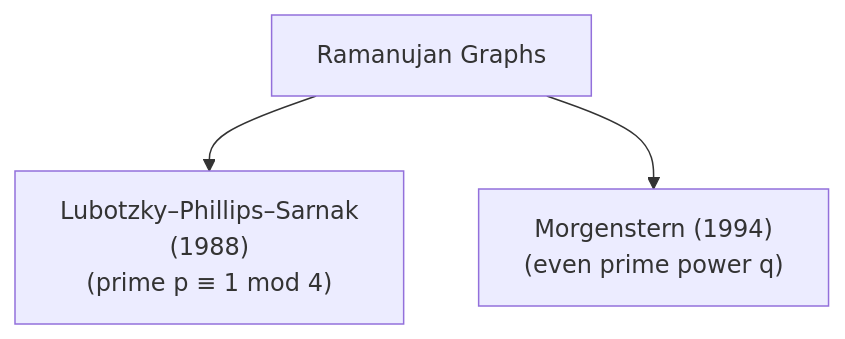
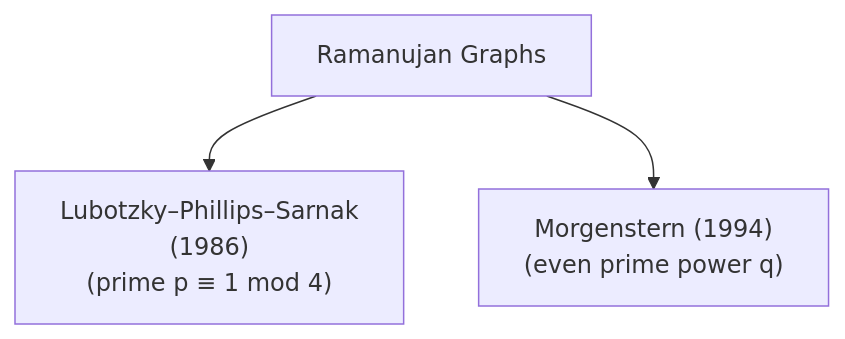
Before and after one commit to QuantumSavory/QuantumExpanders.jl: the second of 2 diagrams in docs/src/index.md, drawn with Mermaid.

````diff
--- a/docs/src/index.md
+++ b/docs/src/index.md
@@ -85,6 +85,6 @@
 ```mermaid
 flowchart TB
     A["Ramanujan Graphs"]
-    A --> B["Lubotzky–Phillips–Sarnak <br>(1988)<br/>(prime p ≡ 1 mod 4)"]
+    A --> B["Lubotzky–Phillips–Sarnak <br>(1986)<br/>(prime p ≡ 1 mod 4)"]
     A --> C["Morgenstern (1994)<br/>(even prime power q)"]
 ```
````
